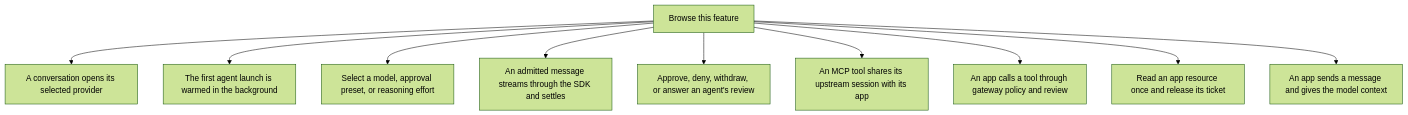
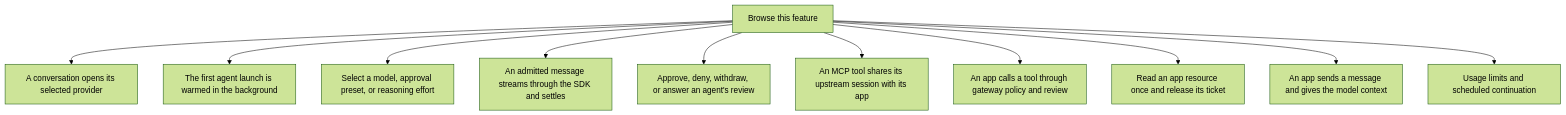
The first of 2 diagrams in docs/state/services/sdk/runtime/README.md (nessalabs/nessa-agent), drawn with Mermaid (forest theme) before and after one commit. The commit also changed other lines of this file and 16 other files, not shown here.

Commit message:
docs: reconcile state diagrams with current main lifecycles

````diff
--- a/docs/state/services/sdk/runtime/README.md
+++ b/docs/state/services/sdk/runtime/README.md
@@ -40,22 +41,24 @@
 ```mermaid
 flowchart TB
     Feature["Browse this feature"]
     F0["A conversation opens its selected provider"]
     Feature --> F0
     F1["The first agent launch is warmed in the background"]
     Feature --> F1
     F2["Select a model, approval preset, or reasoning effort"]
     Feature --> F2
     F3["An admitted message streams through the SDK and settles"]
     Feature --> F3
     F4["Approve, deny, withdraw, or answer an agent's review"]
     Feature --> F4
     F5["An MCP tool shares its upstream session with its app"]
     Feature --> F5
     F6["An app calls a tool through gateway policy and review"]
     Feature --> F6
     F7["Read an app resource once and release its ticket"]
     Feature --> F7
     F8["An app sends a message and gives the model context"]
     Feature --> F8
+    F9["Usage limits and scheduled continuation"]
+    Feature --> F9
 ```
````
